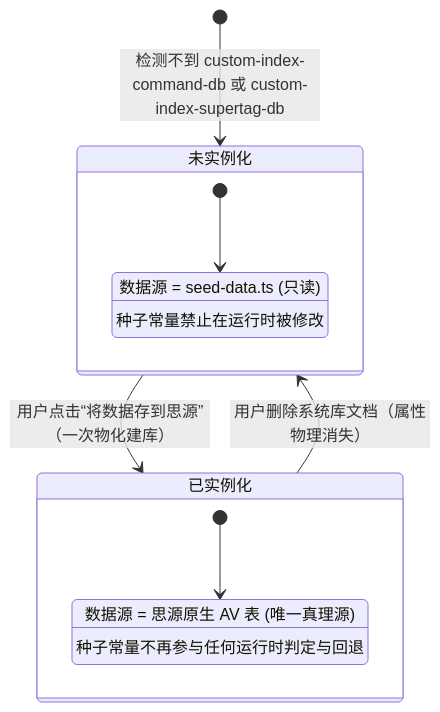
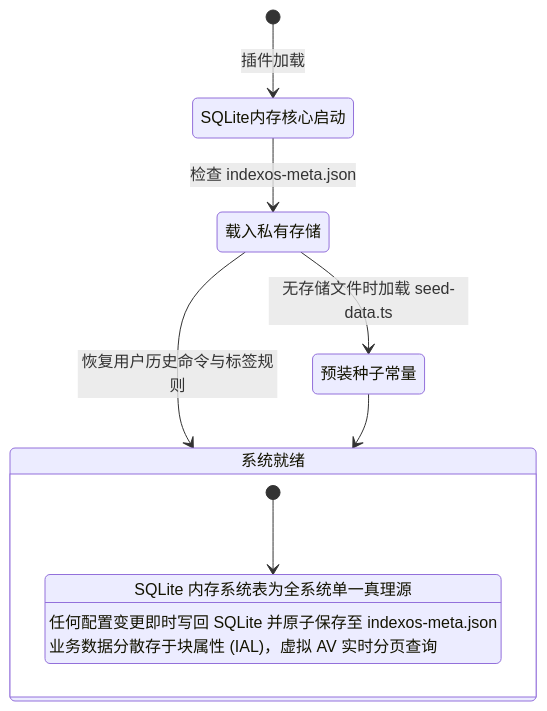
One commit to Szerelem0617/siyuan-plugins-index changed the second of 2 diagrams in docs/architecture.md. Above: the diagram before and after it, drawn with Mermaid. The commit also changed other lines of this file and 24 other files, not shown here.

Commit message:
update architecture unstable

````diff
--- a/docs/architecture.md
+++ b/docs/architecture.md
@@ -73,18 +78,15 @@
 ```mermaid
 stateDiagram-v2
-    [*] --> 未实例化: 检测不到 custom-index-command-db 或 custom-index-supertag-db
-    未实例化 --> 已实例化: 用户点击“将数据存到思源”（一次物化建库）
-    已实例化 --> 未实例化: 用户删除系统库文档（属性物理消失）
+    [*] --> SQLite内存核心启动: 插件加载
+    SQLite内存核心启动 --> 载入私有存储: 检查 indexos-meta.json
+    载入私有存储 --> 系统就绪: 恢复用户历史命令与标签规则
+    载入私有存储 --> 预装种子常量: 无存储文件时加载 seed-data.ts
+    预装种子常量 --> 系统就绪
     
-    state 未实例化 {
-        [*] --> 读种子常量
-        读种子常量: 数据源 = seed-data.ts (只读)
-        读种子常量: 种子常量禁止在运行时被修改
-    }
-    
-    state 已实例化 {
-        [*] --> 读思源AV
-        读思源AV: 数据源 = 思源原生 AV 表 (唯一真理源)
-        读思源AV: 种子常量不再参与任何运行时判定与回退
+    state 系统就绪 {
+        [*] --> 运行中
+        运行中: SQLite 内存系统表为全系统单一真理源
+        运行中: 任何配置变更即时写回 SQLite 并原子保存至 indexos-meta.json
+        运行中: 业务数据分散存于块属性 (IAL)，虚拟 AV 实时分页查询
     }
 ```
````
